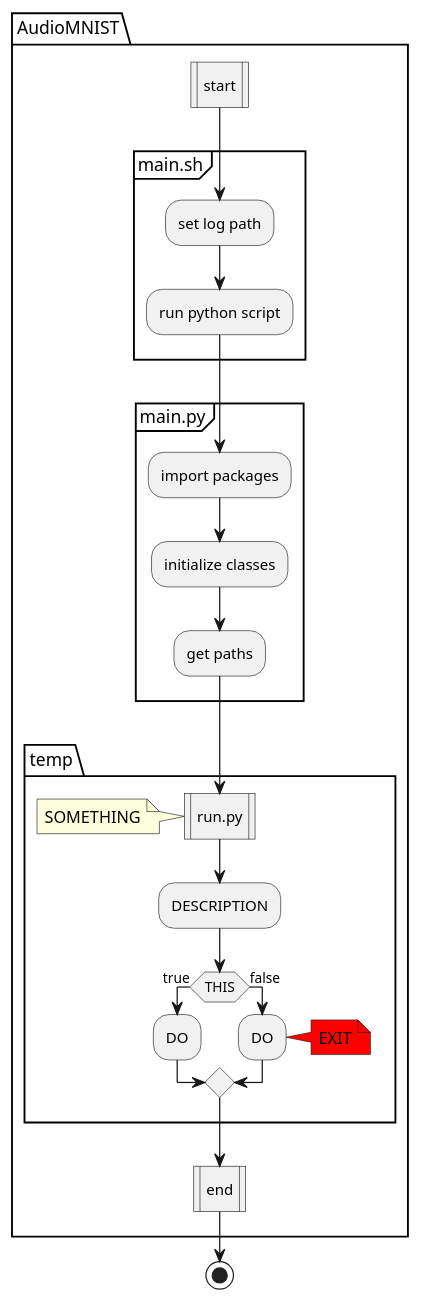
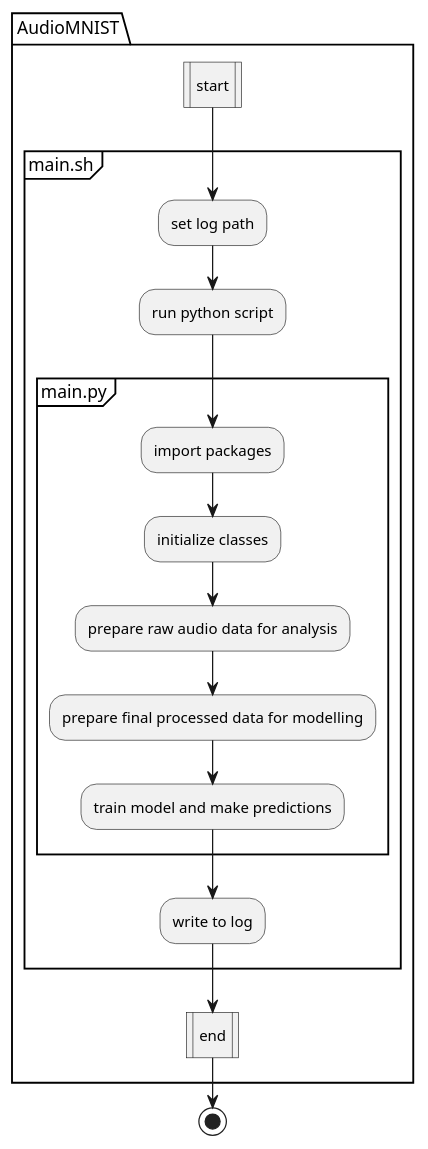
The diagram in flowchart.wsd (Aketirani/audio-mnist), drawn with PlantUML before and after one commit. The commit also changed 6 other files, not shown here.

Commit message:
added flowchart and pre-commit file

```diff
--- a/flowchart.wsd
+++ b/flowchart.wsd
@@ -1,28 +1,20 @@
 @startuml Pipeline Flowchart
 |AudioMNIST|
 package "AudioMNIST" {
     :start|
     partition "main.sh" {
         :set log path;
         :run python script;
-    }
-    partition "main.py" {
-        :import packages;
-        :initialize classes;
-        :get paths;
-    }
-    package "temp" {
-    :run.py|
-        note: SOMETHING
-        :DESCRIPTION;
-        if (THIS) then (true)
-            :DO;
-        else (false)
-            :DO;
-            note right #red: EXIT
-        endif
+        partition "main.py" {
+            :import packages;
+            :initialize classes;
+            :prepare raw audio data for analysis;
+            :prepare final processed data for modelling;
+            :train model and make predictions;
+        }
+        :write to log;
     }
     :end|
 }
 stop
 @enduml
```
